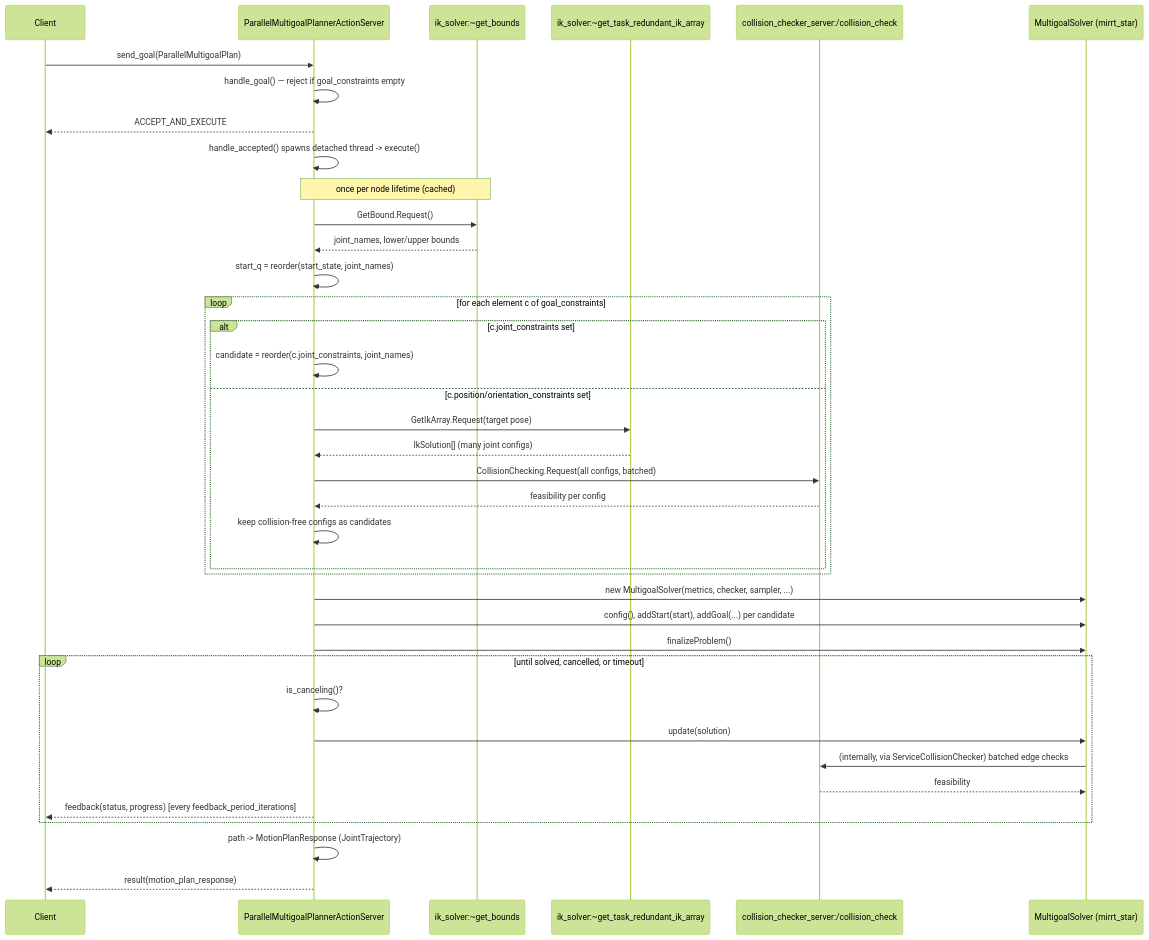
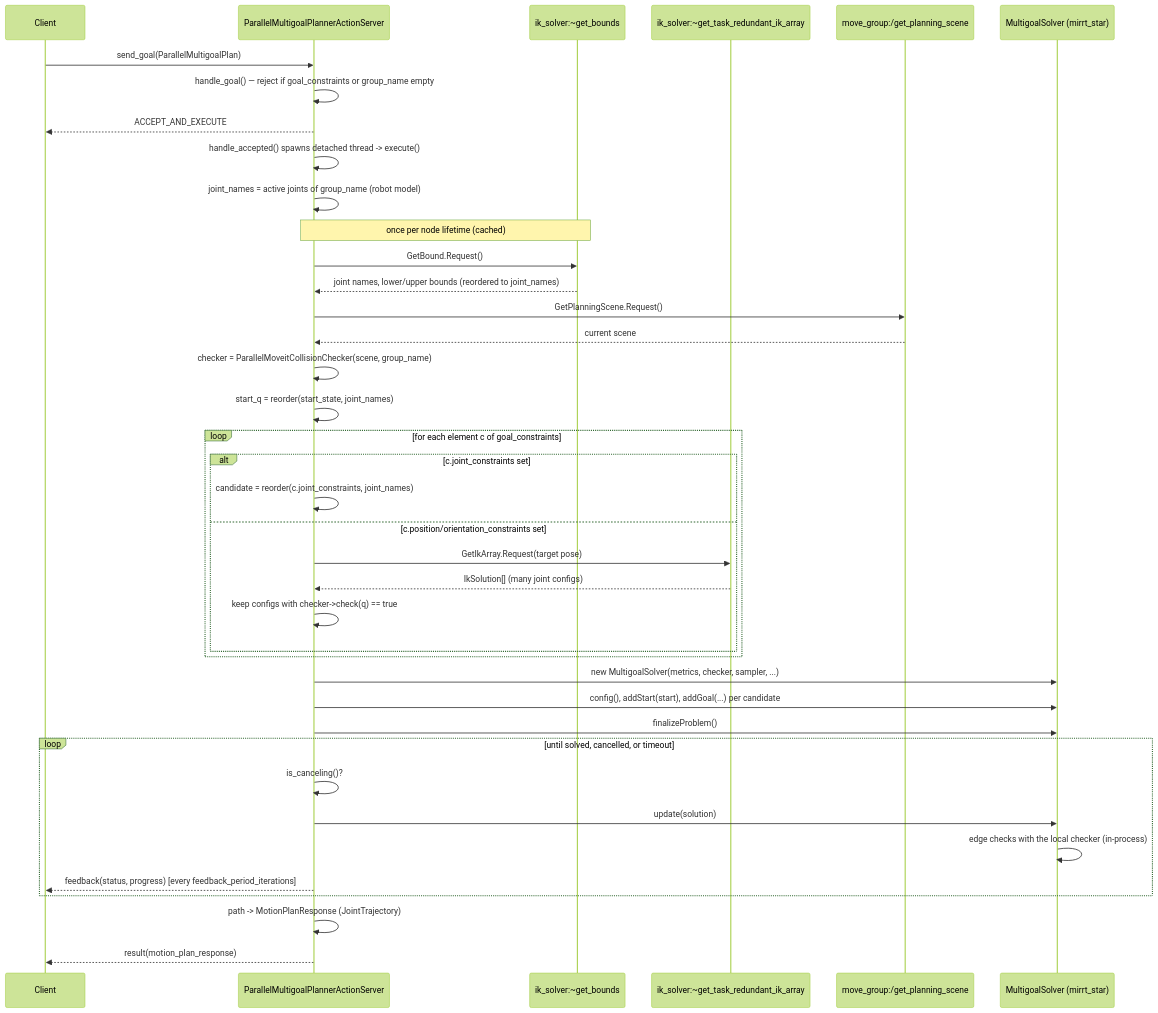
Before and after one commit to JRL-CARI-CNR-UNIBS/parallel_multigoal_planner: the diagram in docs/04-architecture.md, drawn with Mermaid (forest theme). The commit also changed other lines of this file and 15 other files, not shown here.

First line of the commit message:
Check goal collisions with a local MoveIt collision checker

````diff
--- a/docs/04-architecture.md
+++ b/docs/04-architecture.md
@@ -5,47 +5,49 @@
 ```mermaid
 sequenceDiagram
     participant Client
     participant Server as ParallelMultigoalPlannerActionServer
     participant Bounds as ik_solver:~get_bounds
     participant IK as ik_solver:~get_task_redundant_ik_array
-    participant CC as collision_checker_server:/collision_check
+    participant Scene as move_group:/get_planning_scene
     participant Solver as MultigoalSolver (mirrt_star)
 
     Client->>Server: send_goal(ParallelMultigoalPlan)
-    Server->>Server: handle_goal() — reject if goal_constraints empty
+    Server->>Server: handle_goal() — reject if goal_constraints or group_name empty
     Server-->>Client: ACCEPT_AND_EXECUTE
     Server->>Server: handle_accepted() spawns detached thread -> execute()
 
+    Server->>Server: joint_names = active joints of group_name (robot model)
     Note over Server,Bounds: once per node lifetime (cached)
     Server->>Bounds: GetBound.Request()
-    Bounds-->>Server: joint_names, lower/upper bounds
+    Bounds-->>Server: joint names, lower/upper bounds (reordered to joint_names)
+
+    Server->>Scene: GetPlanningScene.Request()
+    Scene-->>Server: current scene
+    Server->>Server: checker = ParallelMoveitCollisionChecker(scene, group_name)
 
     Server->>Server: start_q = reorder(start_state, joint_names)
 
     loop for each element c of goal_constraints
         alt c.joint_constraints set
             Server->>Server: candidate = reorder(c.joint_constraints, joint_names)
         else c.position/orientation_constraints set
             Server->>IK: GetIkArray.Request(target pose)
             IK-->>Server: IkSolution[] (many joint configs)
-            Server->>CC: CollisionChecking.Request(all configs, batched)
-            CC-->>Server: feasibility per config
-            Server->>Server: keep collision-free configs as candidates
+            Server->>Server: keep configs with checker->check(q) == true
         end
     end
 
     Server->>Solver: new MultigoalSolver(metrics, checker, sampler, ...)
     Server->>Solver: config(), addStart(start), addGoal(...) per candidate
     Server->>Solver: finalizeProblem()
 
     loop until solved, cancelled, or timeout
         Server->>Server: is_canceling()?
         Server->>Solver: update(solution)
-        Solver->>CC: (internally, via ServiceCollisionChecker) batched edge checks
-        CC-->>Solver: feasibility
+        Solver->>Solver: edge checks with the local checker (in-process)
         Server-->>Client: feedback(status, progress)  [every feedback_period_iterations]
     end
 
     Server->>Server: path -> MotionPlanResponse (JointTrajectory)
     Server-->>Client: result(motion_plan_response)
 ```
````
